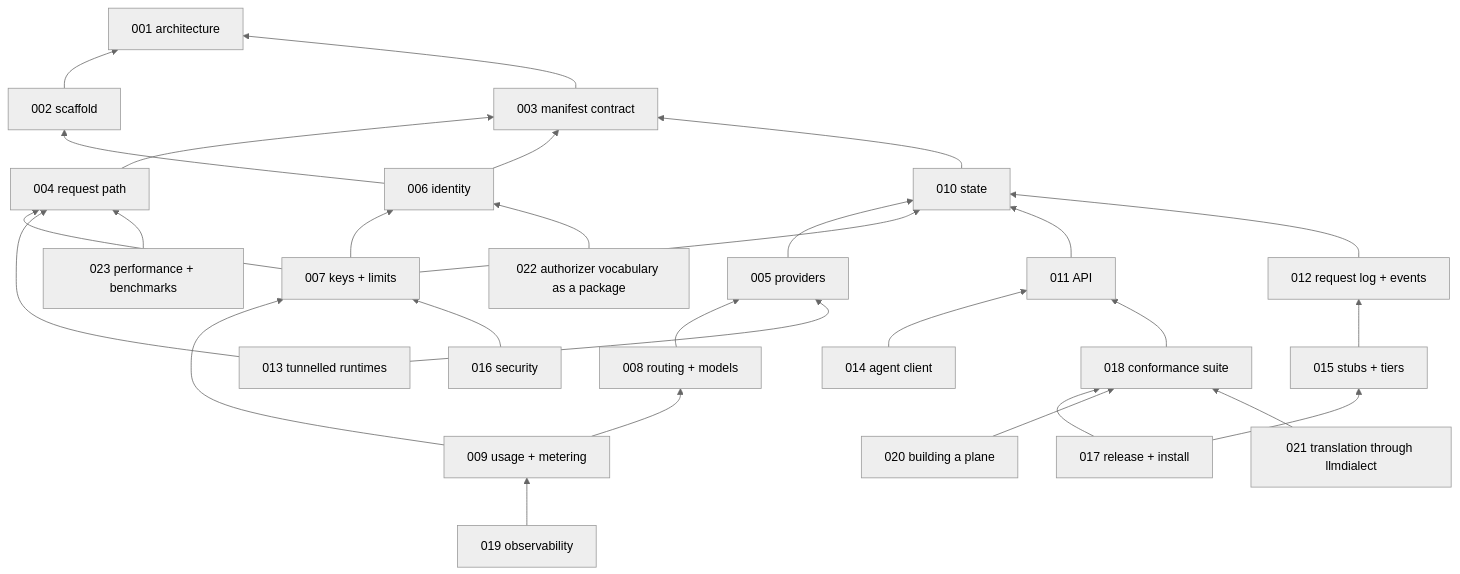
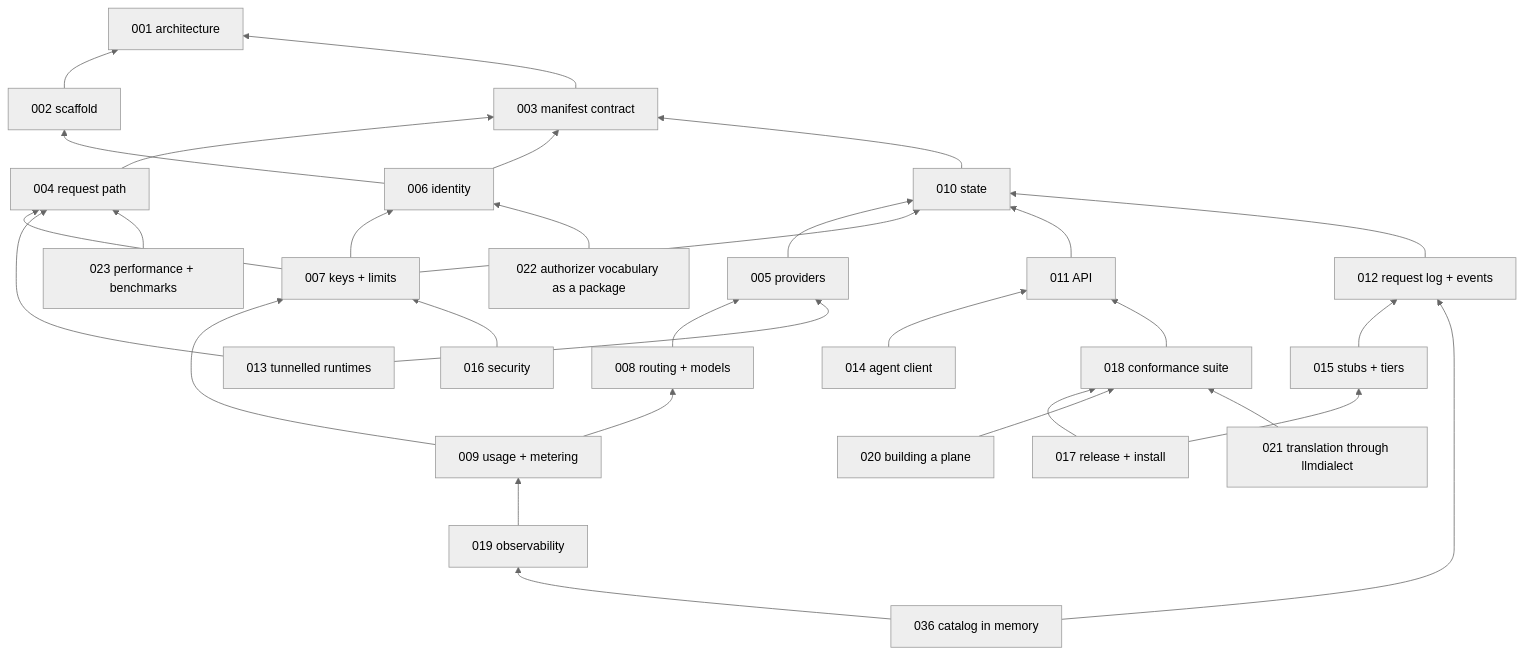
Before and after one commit to latere-ai/lux: the second of 2 diagrams in specs/README.md, drawn with Mermaid (neutral theme). The commit also changed other lines of this file and 1 other file, not shown here.

Commit message:
specs: 036 the catalog in memory, a per-replica snapshot for the data plane

````diff
--- a/specs/README.md
+++ b/specs/README.md
@@ -99,54 +100,57 @@
 ```mermaid
 flowchart BT
   S001[001 architecture]
   S002[002 scaffold]
   S003[003 manifest contract]
   S004[004 request path]
   S005[005 providers]
   S006[006 identity]
   S007[007 keys + limits]
   S008[008 routing + models]
   S009[009 usage + metering]
   S010[010 state]
   S011[011 API]
   S012[012 request log + events]
   S013[013 tunnelled runtimes]
   S014[014 agent client]
   S015[015 stubs + tiers]
   S016[016 security]
   S017[017 release + install]
   S018[018 conformance suite]
   S019[019 observability]
   S020[020 building a plane]
   S021[021 translation through llmdialect]
   S022[022 authorizer vocabulary as a package]
   S023[023 performance + benchmarks]
+  S036[036 catalog in memory]
   S002 --> S001
   S003 --> S001
   S004 --> S003
   S005 --> S010
   S006 --> S002
   S006 --> S003
   S007 --> S004
   S007 --> S006
   S007 --> S010
   S008 --> S005
   S009 --> S007
   S009 --> S008
   S010 --> S003
   S011 --> S010
   S012 --> S010
   S013 --> S004
   S013 --> S005
   S014 --> S011
   S015 --> S012
   S016 --> S007
   S017 --> S015
   S017 --> S018
   S018 --> S011
   S019 --> S009
   S020 --> S018
   S021 --> S018
   S022 --> S006
   S023 --> S004
+  S036 --> S012
+  S036 --> S019
 ```
````
